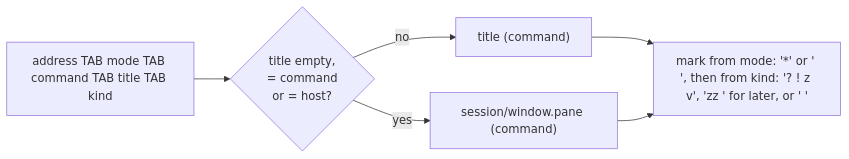
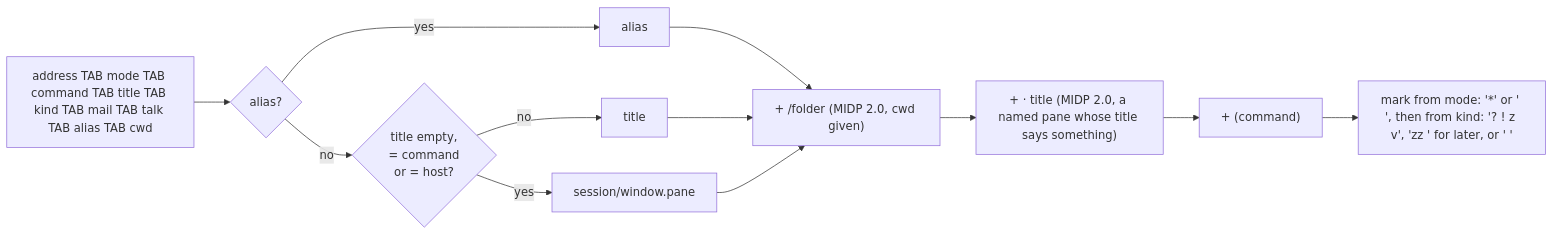
The first of 4 diagrams in docs/features/pane-view.md (notmarkopadjen/muxway-midp), drawn with Mermaid before and after one commit. The commit also changed other lines of this file and 6 other files, not shown here.

Commit message:
The pane names plan, approved and implemented; the pages name the alias, the folder, the status and the slant; version 0.8.0

````diff
--- a/docs/features/pane-view.md
+++ b/docs/features/pane-view.md
@@ -47,8 +64,14 @@
 ```mermaid
 flowchart LR
-    R["address TAB mode TAB command TAB title TAB kind"] --> T{title empty,<br/>= command<br/>or = host?}
-    T -- no --> N["title (command)"]
-    T -- yes --> A["session/window.pane (command)"]
-    N --> M["mark from mode: '*' or ' ', then from kind: '? ! z v', 'zz ' for later, or ' '"]
-    A --> M
+    R["address TAB mode TAB command TAB title TAB kind TAB mail TAB talk TAB alias TAB cwd"] --> L{alias?}
+    L -- yes --> N1["alias"]
+    L -- no --> T{title empty,<br/>= command<br/>or = host?}
+    T -- no --> N2["title"]
+    T -- yes --> N3["session/window.pane"]
+    N1 --> F["+ /folder (MIDP 2.0, cwd given)"]
+    N2 --> F
+    N3 --> F
+    F --> S["+ · title (MIDP 2.0, a named pane whose title says something)"]
+    S --> C["+ (command)"]
+    C --> M["mark from mode: '*' or ' ', then from kind: '? ! z v', 'zz ' for later, or ' '"]
 ```
````
